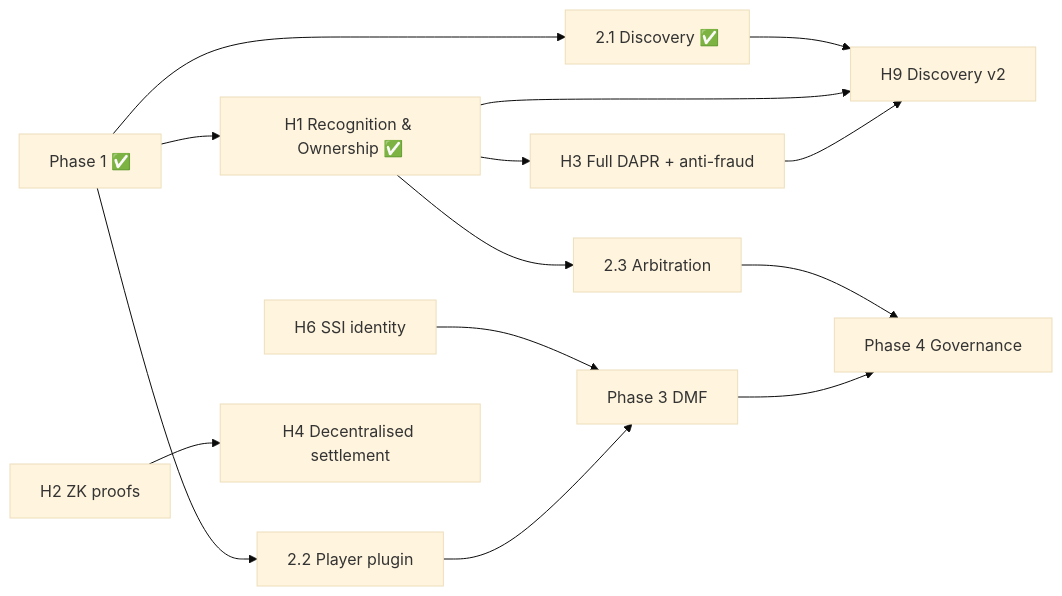
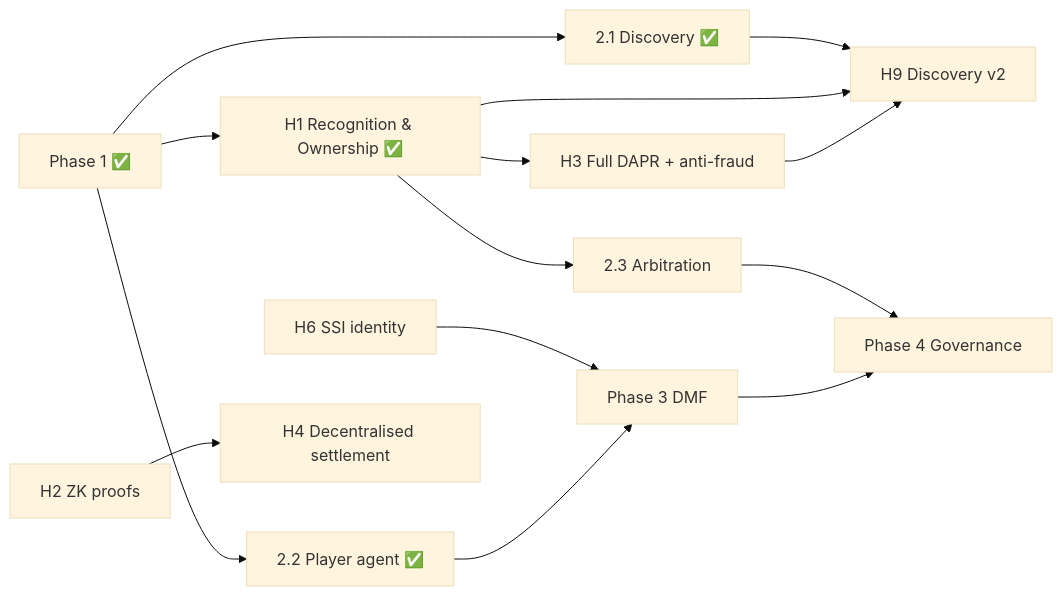
Before and after one commit to perpetualbits/clean-web-economy: the diagram in docs/roadmap.md, drawn with Mermaid (base theme). The commit also changed other lines of this file and 1 other file, not shown here.

Commit message:
Roadmap: mark Phase 2.2 (player agent) complete

````diff
--- a/docs/roadmap.md
+++ b/docs/roadmap.md
@@ -133,16 +136,16 @@
 ```mermaid
 flowchart LR
   P1[Phase 1 ✅] --> P21[2.1 Discovery ✅]
-  P1 --> P22[2.2 Player plugin]
+  P1 --> P22[2.2 Player agent ✅]
   P1 --> H1[H1 Recognition & Ownership ✅]
   P21 --> H9[H9 Discovery v2]
   H1 --> H9
   H1 --> H3[H3 Full DAPR + anti-fraud]
   H1 --> P23[2.3 Arbitration]
   H3 --> H9
   H6[H6 SSI identity] --> P3[Phase 3 DMF]
   P22 --> P3
   H2[H2 ZK proofs] --> H4[H4 Decentralised settlement]
   P23[2.3 Arbitration] --> P4[Phase 4 Governance]
   P3 --> P4
 ```
````
